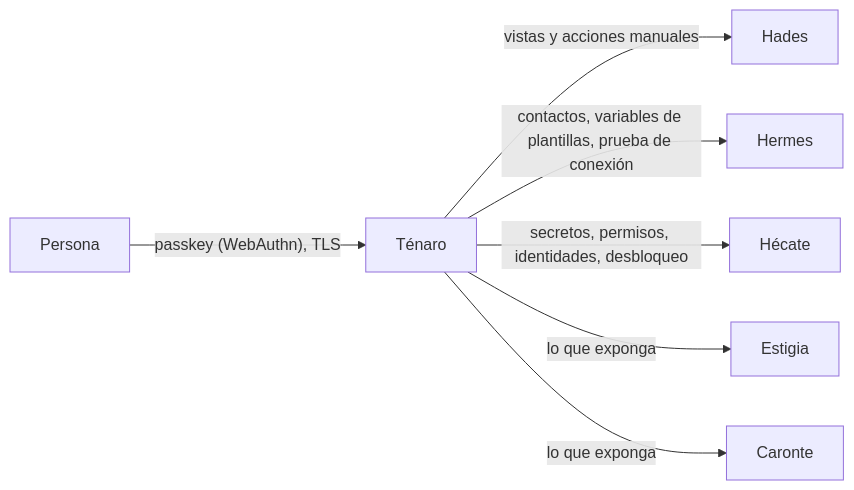
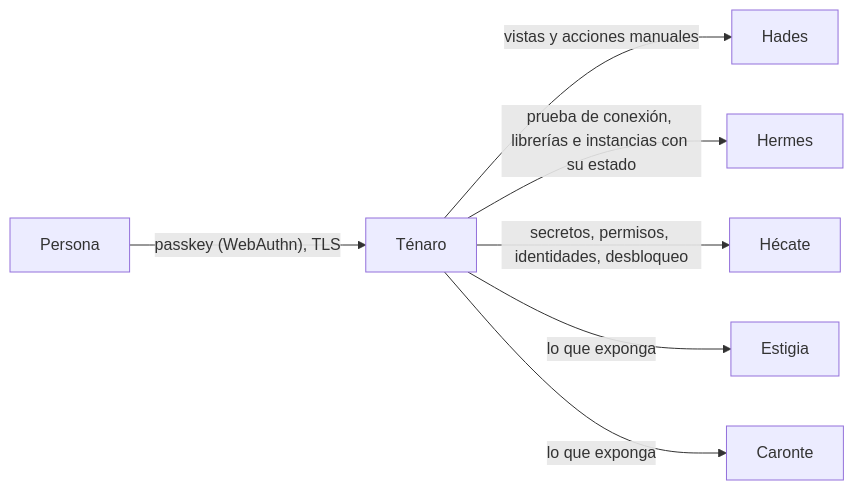
One commit to xandro30/Cerbero changed the first of 2 diagrams in docs/tenaro.md. Above: the diagram before and after it, drawn with Mermaid. The commit also changed other lines of this file and 244 other files, not shown here.

````diff
--- a/docs/tenaro.md
+++ b/docs/tenaro.md
@@ -26,9 +26,9 @@
 ```mermaid
 flowchart LR
     Persona -- "passkey (WebAuthn), TLS" --> Tenaro[Ténaro]
     Tenaro -- "vistas y acciones manuales" --> Hades
-    Tenaro -- "contactos, variables de plantillas, prueba de conexión" --> Hermes
+    Tenaro -- "prueba de conexión, librerías e instancias con su estado" --> Hermes
     Tenaro -- "secretos, permisos, identidades, desbloqueo" --> Hecate[Hécate]
     Tenaro -- "lo que exponga" --> Estigia
     Tenaro -- "lo que exponga" --> Caronte
 ```
````
